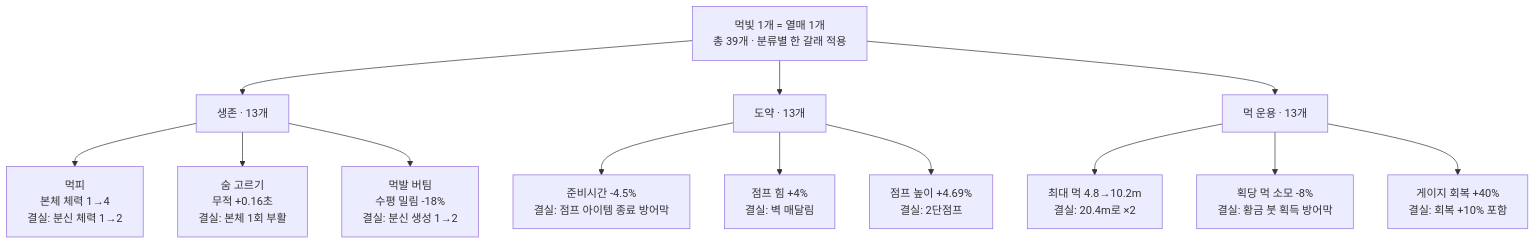
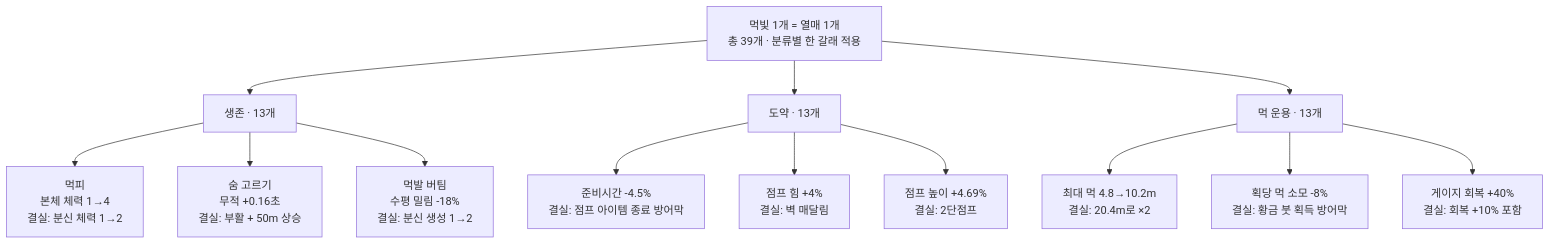
The first of 2 diagrams in README.md (Team-Swooord/muk-jump), drawn with Mermaid before and after one commit. The commit also changed other lines of this file and 9 other files, not shown here.

````diff
--- a/README.md
+++ b/README.md
@@ -122,19 +122,19 @@
 ```mermaid
 flowchart TB
     M["먹빛 1개 = 열매 1개<br/>총 39개 · 분류별 한 갈래 적용"]
 
     M --> S["생존 · 13개"]
     S --> SA["먹피<br/>본체 체력 1→4<br/>결실: 분신 체력 1→2"]
-    S --> SB["숨 고르기<br/>무적 +0.16초<br/>결실: 본체 1회 부활"]
+    S --> SB["숨 고르기<br/>무적 +0.16초<br/>결실: 부활 + 50m 상승"]
     S --> SC["먹발 버팀<br/>수평 밀림 -18%<br/>결실: 분신 생성 1→2"]
 
     M --> J["도약 · 13개"]
     J --> JA["준비시간 -4.5%<br/>결실: 점프 아이템 종료 방어막"]
     J --> JB["점프 힘 +4%<br/>결실: 벽 매달림"]
     J --> JC["점프 높이 +4.69%<br/>결실: 2단점프"]
 
     M --> I["먹 운용 · 13개"]
     I --> IA["최대 먹 4.8→10.2m<br/>결실: 20.4m로 ×2"]
     I --> IB["획당 먹 소모 -8%<br/>결실: 황금 붓 획득 방어막"]
     I --> IC["게이지 회복 +40%<br/>결실: 회복 +10% 포함"]
 ```
````
